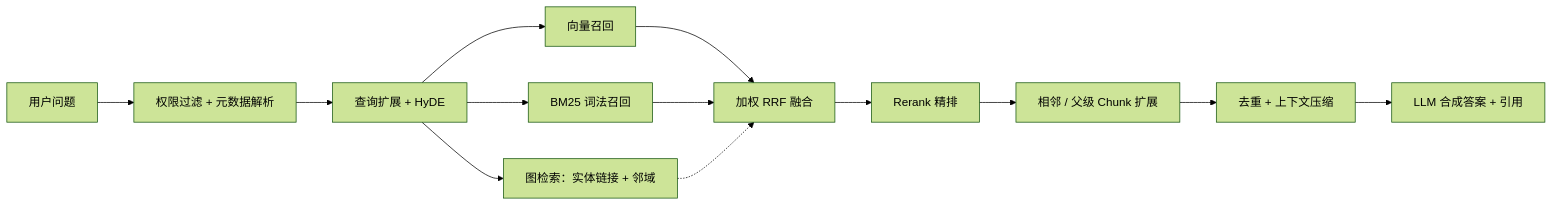
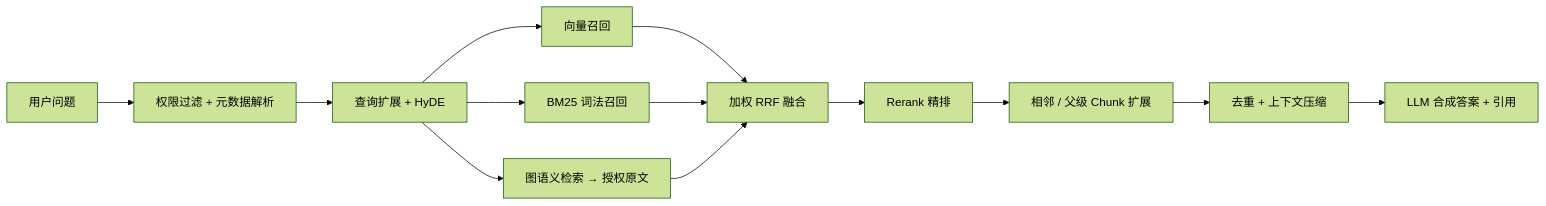
Before and after one commit to MarkITwains/RAG: the second of 2 diagrams in README.md, drawn with Mermaid (forest theme). The commit also changed other lines of this file and 75 other files, not shown here.

````diff
--- a/README.md
+++ b/README.md
@@ -89,15 +93,15 @@
 ```mermaid
 flowchart LR
     Q["用户问题"] --> ACL["权限过滤 + 元数据解析"]
     ACL --> EXP["查询扩展 + HyDE"]
     EXP --> DENSE["向量召回"]
     EXP --> SPARSE["BM25 词法召回"]
-    EXP --> GRAPH["图检索：实体链接 + 邻域"]
+    EXP --> GRAPH["图语义检索 → 授权原文"]
     DENSE --> FUSE["加权 RRF 融合"]
     SPARSE --> FUSE
-    GRAPH -.-> FUSE
+    GRAPH --> FUSE
     FUSE --> RERANK["Rerank 精排"]
     RERANK --> CTX["相邻 / 父级 Chunk 扩展"]
     CTX --> COMP["去重 + 上下文压缩"]
     COMP --> ANS["LLM 合成答案 + 引用"]
 ```
````
